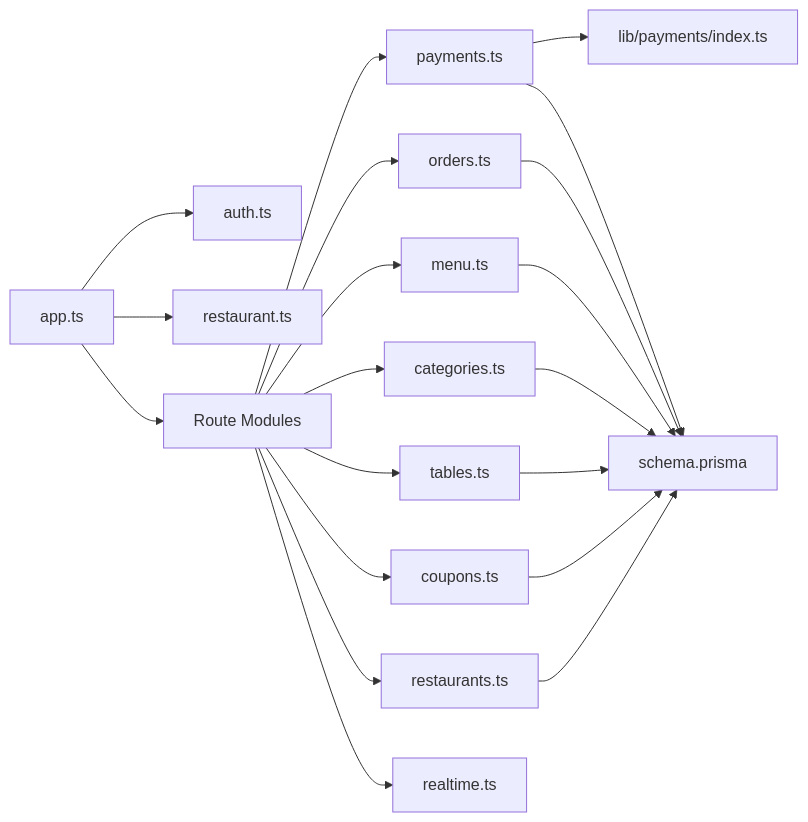
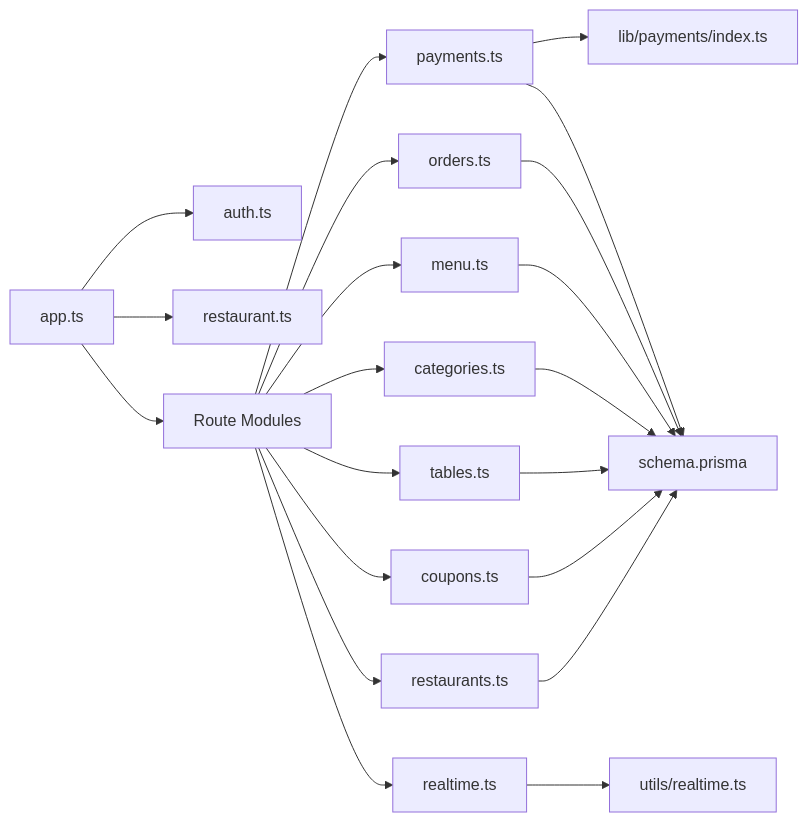
The third of 4 diagrams in .qoder/repowiki/en/content/API Documentation/API Documentation.md (Dequeue-Tech/DeQ-Bite), drawn with Mermaid before and after one commit. The commit also changed other lines of this file and 25 other files, not shown here.

````diff
--- a/.qoder/repowiki/en/content/API Documentation/API Documentation.md
+++ b/.qoder/repowiki/en/content/API Documentation/API Documentation.md
@@ -500,22 +559,23 @@
 ```mermaid
 graph LR
 App["app.ts"] --> AuthMW["auth.ts"]
 App --> RestMW["restaurant.ts"]
 App --> Routes["Route Modules"]
 Routes --> Payments["payments.ts"]
 Routes --> Orders["orders.ts"]
 Routes --> Menu["menu.ts"]
 Routes --> Categories["categories.ts"]
 Routes --> Tables["tables.ts"]
 Routes --> Coupons["coupons.ts"]
 Routes --> Restaurants["restaurants.ts"]
 Routes --> Realtime["realtime.ts"]
 Payments --> Providers["lib/payments/index.ts"]
 Orders --> Prisma["schema.prisma"]
 Payments --> Prisma
 Menu --> Prisma
 Categories --> Prisma
 Tables --> Prisma
 Coupons --> Prisma
 Restaurants --> Prisma
+Realtime --> Utils["utils/realtime.ts"]
 ```
````
